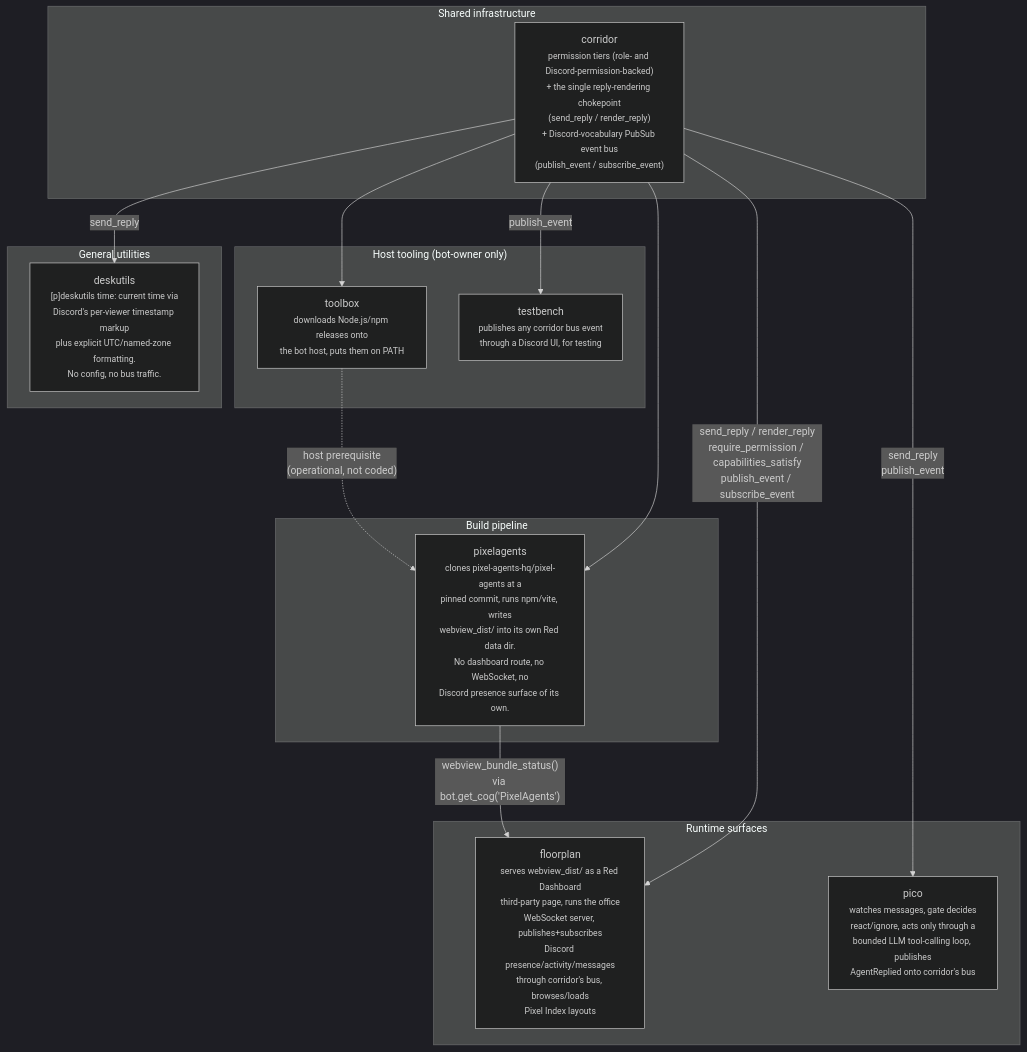
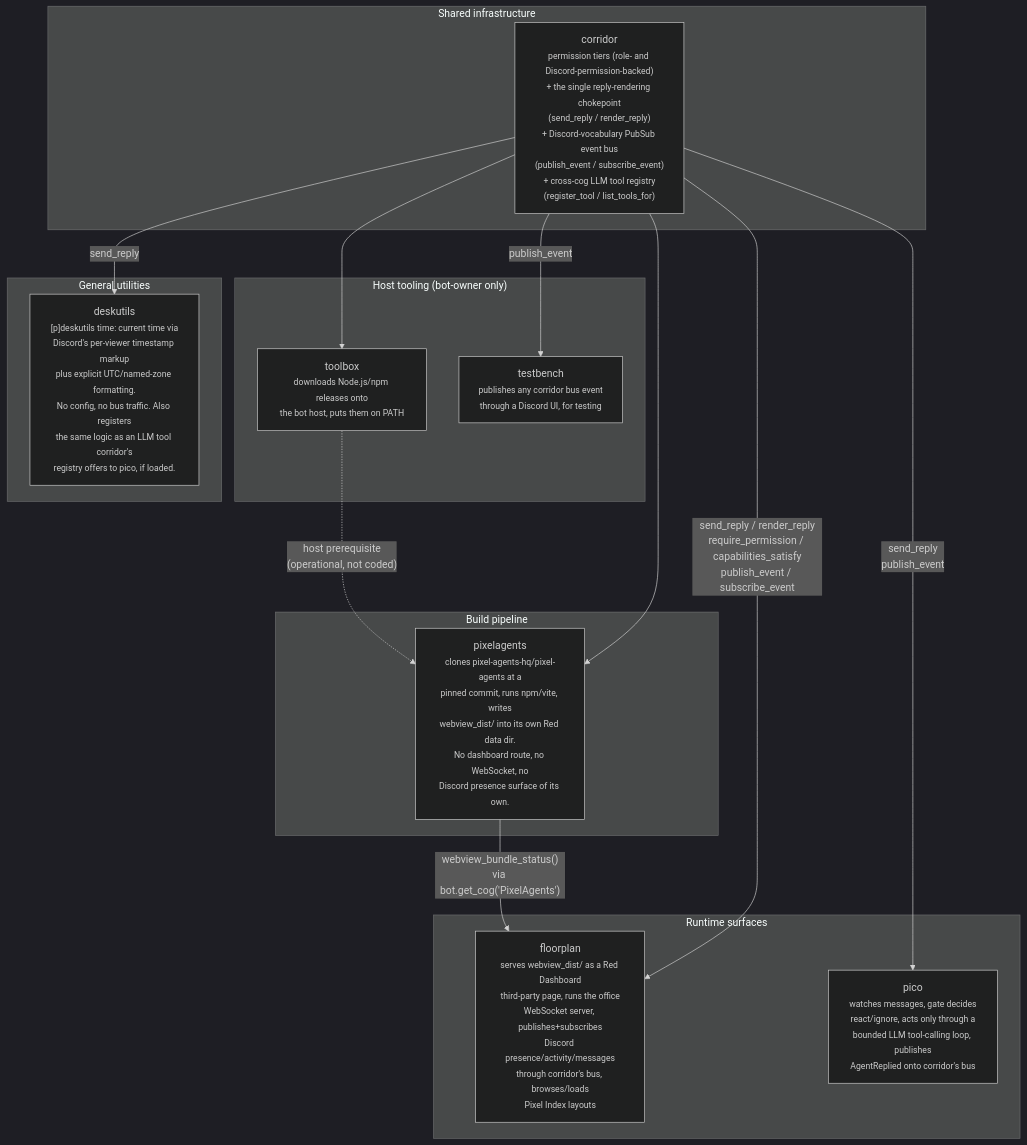
Before and after one commit to pixel-agents-hq/pixel-agents-cogs: the second of 7 diagrams in docs/architecture.md, drawn with Mermaid (dark theme). The commit also changed other lines of this file and 25 other files, not shown here.

````diff
--- a/docs/architecture.md
+++ b/docs/architecture.md
@@ -79,33 +79,33 @@
 ```mermaid
 flowchart TB
     subgraph shared["Shared infrastructure"]
-        corridor["corridor<br/><small>permission tiers (role- and Discord-permission-backed)<br/>+ the single reply-rendering chokepoint<br/>(send_reply / render_reply)<br/>+ Discord-vocabulary PubSub event bus<br/>(publish_event / subscribe_event)</small>"]
+        corridor["corridor<br/><small>permission tiers (role- and Discord-permission-backed)<br/>+ the single reply-rendering chokepoint<br/>(send_reply / render_reply)<br/>+ Discord-vocabulary PubSub event bus<br/>(publish_event / subscribe_event)<br/>+ cross-cog LLM tool registry<br/>(register_tool / list_tools_for)</small>"]
     end
 
     subgraph host["Host tooling (bot-owner only)"]
         toolbox["toolbox<br/><small>downloads Node.js/npm releases onto<br/>the bot host, puts them on PATH</small>"]
         testbench["testbench<br/><small>publishes any corridor bus event<br/>through a Discord UI, for testing</small>"]
     end
 
     subgraph build["Build pipeline"]
         pixelagents["pixelagents<br/><small>clones pixel-agents-hq/pixel-agents at a<br/>pinned commit, runs npm/vite, writes<br/>webview_dist/ into its own Red data dir.<br/>No dashboard route, no WebSocket, no<br/>Discord presence surface of its own.</small>"]
     end
 
     subgraph serve["Runtime surfaces"]
         floorplan["floorplan<br/><small>serves webview_dist/ as a Red Dashboard<br/>third-party page, runs the office<br/>WebSocket server, publishes+subscribes<br/>Discord presence/activity/messages<br/>through corridor's bus, browses/loads<br/>Pixel Index layouts</small>"]
         pico["pico<br/><small>watches messages, gate decides<br/>react/ignore, acts only through a<br/>bounded LLM tool-calling loop, publishes<br/>AgentReplied onto corridor's bus</small>"]
     end
 
     subgraph utility["General utilities"]
-        deskutils["deskutils<br/><small>[p]deskutils time: current time via<br/>Discord's per-viewer timestamp markup<br/>plus explicit UTC/named-zone formatting.<br/>No config, no bus traffic.</small>"]
+        deskutils["deskutils<br/><small>[p]deskutils time: current time via<br/>Discord's per-viewer timestamp markup<br/>plus explicit UTC/named-zone formatting.<br/>No config, no bus traffic. Also registers<br/>the same logic as an LLM tool corridor's<br/>registry offers to pico, if loaded.</small>"]
     end
 
     toolbox -.->|"host prerequisite<br/>(operational, not coded)"| pixelagents
     pixelagents -->|"webview_bundle_status()<br/>via bot.get_cog('PixelAgents')"| floorplan
     corridor -->|"send_reply / render_reply<br/>require_permission / capabilities_satisfy<br/>publish_event / subscribe_event"| floorplan
     corridor -->|"send_reply<br/>publish_event"| pico
     corridor --> pixelagents
     corridor --> toolbox
     corridor -->|publish_event| testbench
     corridor -->|send_reply| deskutils
 ```
````
